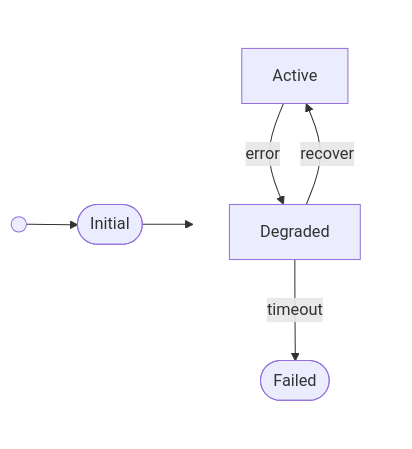
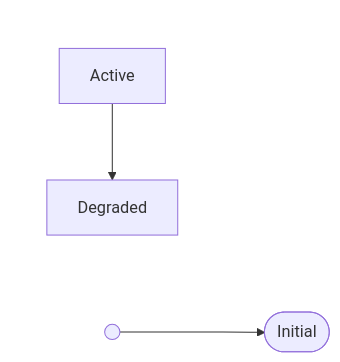
One commit to wasikarn/atlassian-pm changed diagram 11 of 12 in references/mermaid-guide.md. Above: the diagram before and after it, drawn with Mermaid. The commit also changed other lines of this file and 12 other files, not shown here.

````diff
--- a/references/mermaid-guide.md
+++ b/references/mermaid-guide.md
@@ -326,15 +326,10 @@
 ```mermaid
+%% LR + invisible subgraph = column grouping; back-edges flow left naturally
 flowchart LR
     START(( )) --> INIT([Initial])
     subgraph STATES[" "]
         direction TB
-        ACTIVE[Active]
-        DEGRADED[Degraded]
-        FAILED([Failed])
+        ACTIVE[Active] --> DEGRADED[Degraded]
     end
-    INIT --> ACTIVE
-    ACTIVE -->|"error"| DEGRADED
-    DEGRADED -->|"recover"| ACTIVE
-    DEGRADED -->|"timeout"| FAILED
     style STATES fill:none,stroke:none
 ```
````
